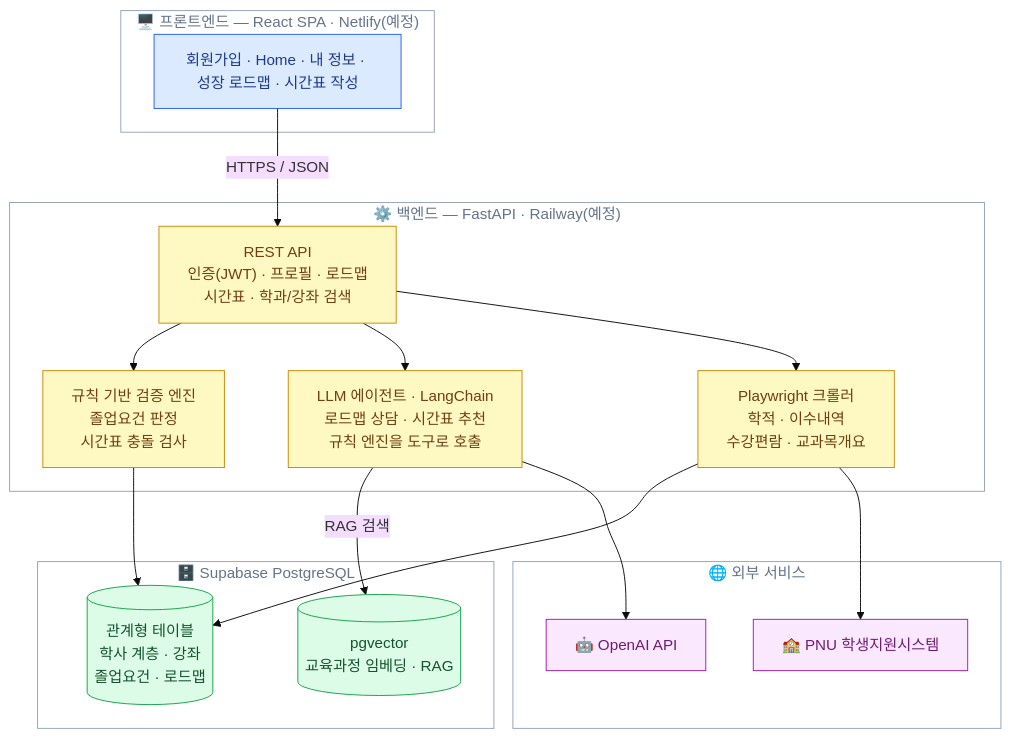
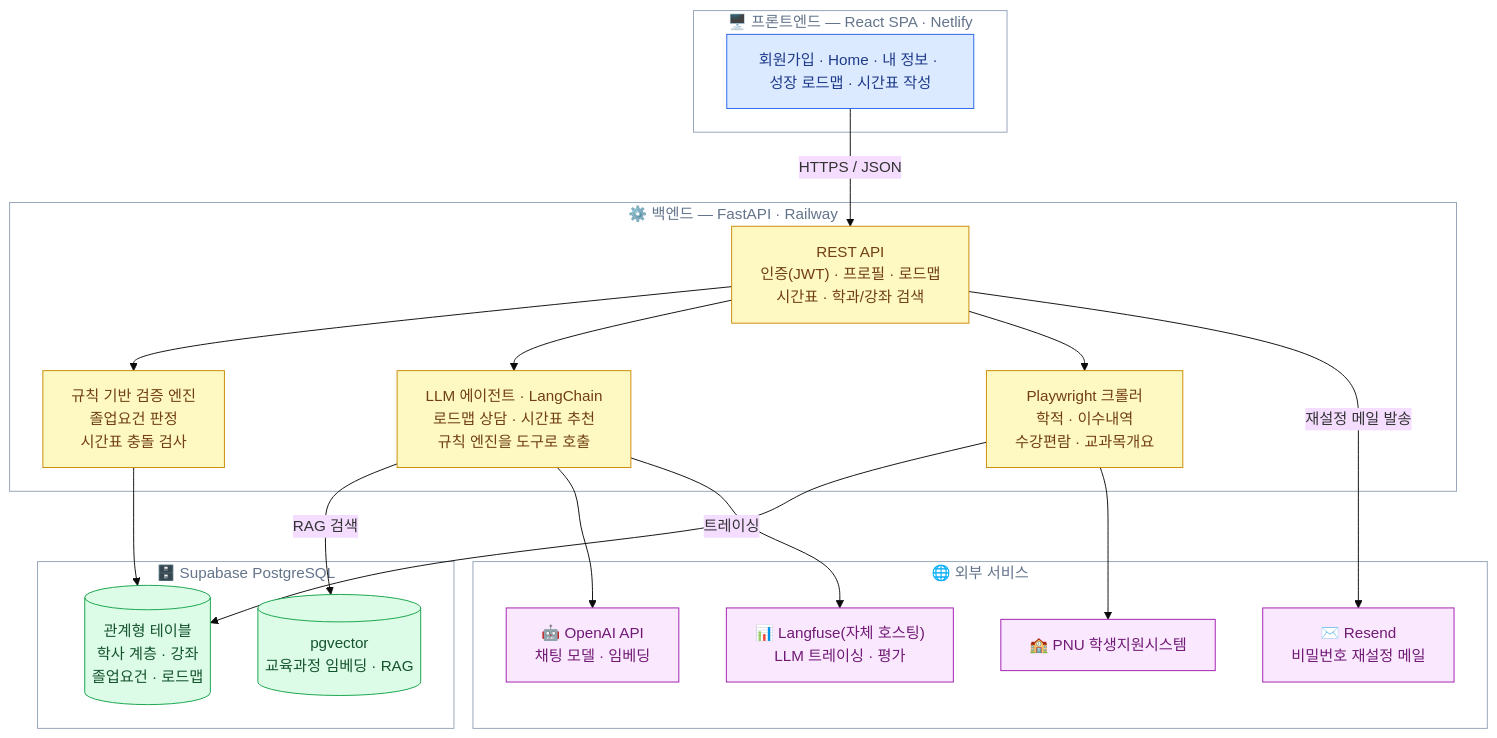
Before and after one commit to PNU-2026-AI-Hackathon/pnuai-a-03-team-u: the first of 3 diagrams in README.md, drawn with Mermaid (base theme). The commit also changed other lines of this file and 2 other files, not shown here.

````diff
--- a/README.md
+++ b/README.md
@@ -61,44 +61,48 @@
 ```mermaid
 flowchart TB
-    subgraph FRONT["🖥️ 프론트엔드 — React SPA · Netlify(예정)"]
+    subgraph FRONT["🖥️ 프론트엔드 — React SPA · Netlify"]
         FE["회원가입 · Home · 내 정보 · 성장 로드맵 · 시간표 작성"]
     end
 
-    subgraph BACK["⚙️ 백엔드 — FastAPI · Railway(예정)"]
+    subgraph BACK["⚙️ 백엔드 — FastAPI · Railway"]
         API["REST API<br/>인증(JWT) · 프로필 · 로드맵<br/>시간표 · 학과/강좌 검색"]
         RULE["규칙 기반 검증 엔진<br/>졸업요건 판정<br/>시간표 충돌 검사"]
         AGENT["LLM 에이전트 · LangChain<br/>로드맵 상담 · 시간표 추천<br/>규칙 엔진을 도구로 호출"]
         CRAWL["Playwright 크롤러<br/>학적 · 이수내역<br/>수강편람 · 교과목개요"]
     end
 
     subgraph DATA["🗄️ Supabase PostgreSQL"]
         PG[("관계형 테이블<br/>학사 계층 · 강좌<br/>졸업요건 · 로드맵")]
         VEC[("pgvector<br/>교육과정 임베딩 · RAG")]
     end
 
     subgraph EXT["🌐 외부 서비스"]
-        LLM["🤖 OpenAI API"]
+        LLM["🤖 OpenAI API<br/>채팅 모델 · 임베딩"]
         PNU["🏫 PNU 학생지원시스템"]
+        LANGFUSE["📊 Langfuse(자체 호스팅)<br/>LLM 트레이싱 · 평가"]
+        MAIL["✉️ Resend<br/>비밀번호 재설정 메일"]
     end
 
     FE -->|HTTPS / JSON| API
     API --> RULE
     API --> AGENT
     API --> CRAWL
+    API -->|재설정 메일 발송| MAIL
     RULE --> PG
     AGENT -->|RAG 검색| VEC
     AGENT --> LLM
+    AGENT -->|트레이싱| LANGFUSE
     CRAWL --> PG
     CRAWL --> PNU
 
     classDef front fill:#dbeafe,stroke:#2563eb,color:#1e3a8a
     classDef back fill:#fef9c3,stroke:#ca8a04,color:#713f12
     classDef data fill:#dcfce7,stroke:#16a34a,color:#14532d
     classDef ext fill:#fae8ff,stroke:#a21caf,color:#701a75
     classDef band fill:transparent,stroke:#94a3b8,color:#64748b
     class FE front
     class API,RULE,AGENT,CRAWL back
     class PG,VEC data
-    class LLM,PNU ext
+    class LLM,PNU,LANGFUSE,MAIL ext
     class FRONT,BACK,DATA,EXT band
 ```
````
